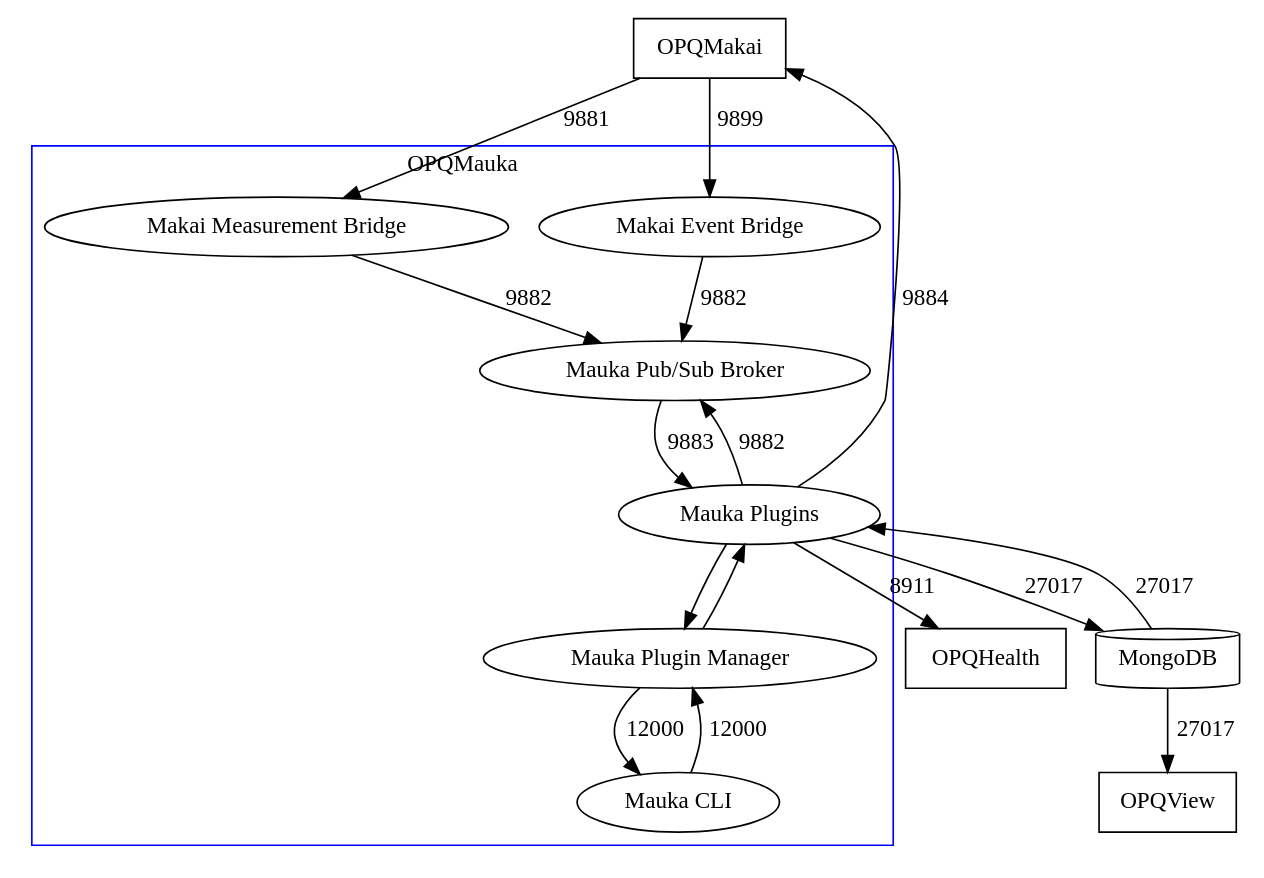
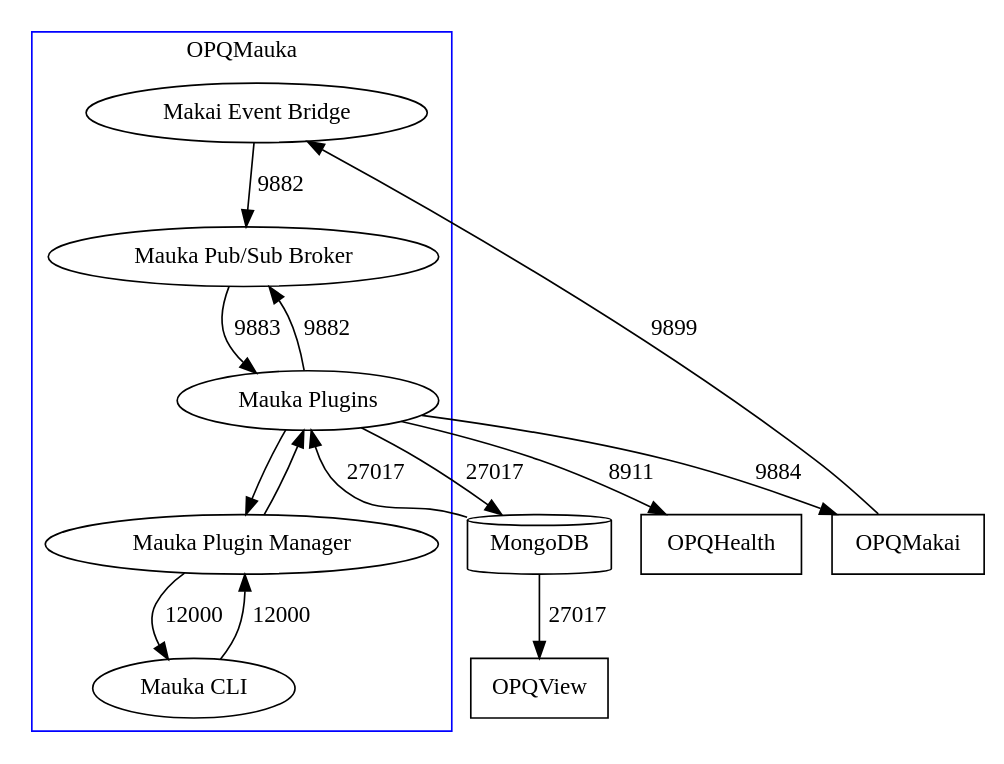
The diagram in mauka/diagrams/mauka_port_diagram.dot (openpowerquality/opq), drawn with Graphviz before and after one commit. The commit also changed 14 other files, not shown here.

```diff
--- a/mauka/diagrams/mauka_port_diagram.dot
+++ b/mauka/diagrams/mauka_port_diagram.dot
@@ -1,38 +1,35 @@
 digraph mauka_services_diagram {
     OPQMakai[shape=box];
 
     subgraph cluster_mauka {
         label="OPQMauka";
-        MakaiMeasurementBridge [label="Makai Measurement Bridge"];
         MakaiEventBridge [label="Makai Event Bridge"];
         PubSubBroker [label="Mauka Pub/Sub Broker"];
         MaukaPlugins [label="Mauka Plugins"];
         MaukaPluginManager [label="Mauka Plugin Manager"];
         MaukaCli [label="Mauka CLI"]
         color=blue;
 
-        MakaiMeasurementBridge -> PubSubBroker [label="9882"]
         MakaiEventBridge -> PubSubBroker [label="9882"]
         PubSubBroker -> MaukaPlugins [label="9883"]
         MaukaPlugins -> PubSubBroker [label="9882"]
         MaukaPlugins -> MaukaPluginManager
         MaukaPluginManager -> MaukaPlugins
         MaukaCli -> MaukaPluginManager [label="12000"]
         MaukaPluginManager -> MaukaCli [label="12000"]
     }
 
-    OPQMakai -> MakaiMeasurementBridge [label="9881"]
     OPQMakai -> MakaiEventBridge [label="9899"]
 
     OPQHealth[shape=box];
     OPQView[shape=box]
     MongoDB[shape=cylinder];
 
     MaukaPlugins -> MongoDB [label="27017"]
     MongoDB -> MaukaPlugins [label="27017"]
     MaukaPlugins -> OPQHealth [label="8911"]
 
     MongoDB -> OPQView [label="27017"]
 
     MaukaPlugins -> OPQMakai [label="9884"]
 }
```
